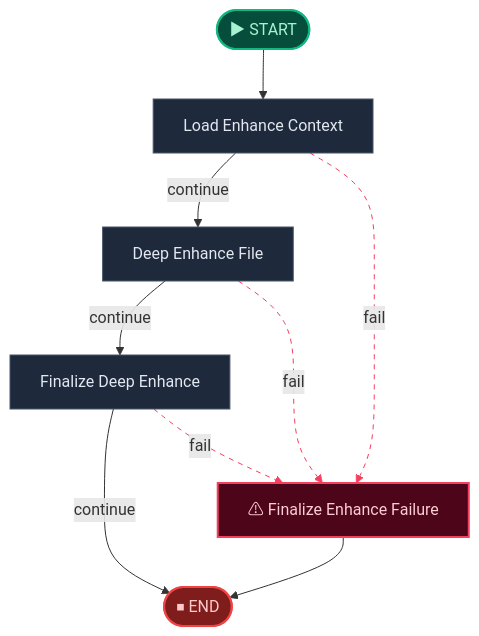
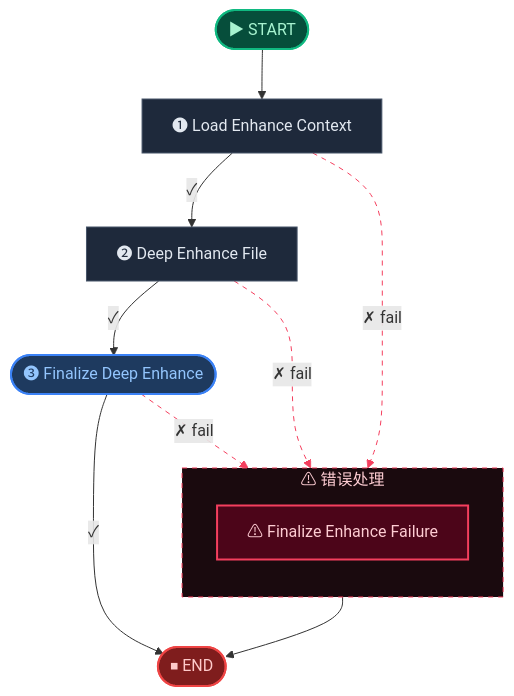
Before and after one commit to aiteachme/AITeachMe: the first of 2 diagrams in backend/scripts/.generated_workflow_diagrams/ingest.md, drawn with Mermaid. The commit also changed other lines of this file and 6 other files, not shown here.

````diff
--- a/backend/scripts/.generated_workflow_diagrams/ingest.md
+++ b/backend/scripts/.generated_workflow_diagrams/ingest.md
@@ -16,28 +18,35 @@
 ```mermaid
 flowchart TD
     __start__(["▶ START"])
-    load_enhance_context["Load Enhance Context"]
-    deep_enhance_file["Deep Enhance File"]
-    finalize_deep_enhance["Finalize Deep Enhance"]
-    finalize_enhance_failure["⚠ Finalize Enhance Failure"]
+    load_enhance_context["❶ Load Enhance Context"]
+    deep_enhance_file["❷ Deep Enhance File"]
+    finalize_deep_enhance(["❸ Finalize Deep Enhance"])
     __end__(["⏹ END"])
 
+    subgraph error_zone ["⚠ 错误处理"]
+    direction TB
+        finalize_enhance_failure["⚠ Finalize Enhance Failure"]
+    end
+
     __start__ --> load_enhance_context
-    deep_enhance_file -->|"continue"| finalize_deep_enhance
-    deep_enhance_file -. fail .-> finalize_enhance_failure
-    finalize_deep_enhance -->|"continue"| __end__
-    finalize_deep_enhance -. fail .-> finalize_enhance_failure
-    load_enhance_context -->|"continue"| deep_enhance_file
-    load_enhance_context -. fail .-> finalize_enhance_failure
+    deep_enhance_file -->|"✓"| finalize_deep_enhance
+    deep_enhance_file -. "✗ fail" .-> finalize_enhance_failure
+    finalize_deep_enhance -->|"✓"| __end__
+    finalize_deep_enhance -. "✗ fail" .-> finalize_enhance_failure
+    load_enhance_context -->|"✓"| deep_enhance_file
+    load_enhance_context -. "✗ fail" .-> finalize_enhance_failure
     finalize_enhance_failure --> __end__
 
     %% ── Styling ──
     classDef startCls fill:#064e3b,stroke:#10b981,stroke-width:2px,color:#a7f3d0
     classDef endCls fill:#7f1d1d,stroke:#ef4444,stroke-width:2px,color:#fecaca
     classDef failCls fill:#4c0519,stroke:#f43f5e,stroke-width:2px,color:#fecdd3
+    classDef termCls fill:#1e3a5f,stroke:#3b82f6,stroke-width:2px,color:#93c5fd
     classDef default fill:#1e293b,stroke:#475569,stroke-width:1px,color:#e2e8f0
+    style error_zone fill:#1a0a0e,stroke:#f43f5e,stroke-width:1px,color:#fecdd3,stroke-dasharray:5
     class __start__ startCls
+    class finalize_deep_enhance termCls
     class finalize_enhance_failure failCls
     class __end__ endCls
     linkStyle 2,4,6 stroke:#f43f5e,stroke-dasharray:5
 ```
````
